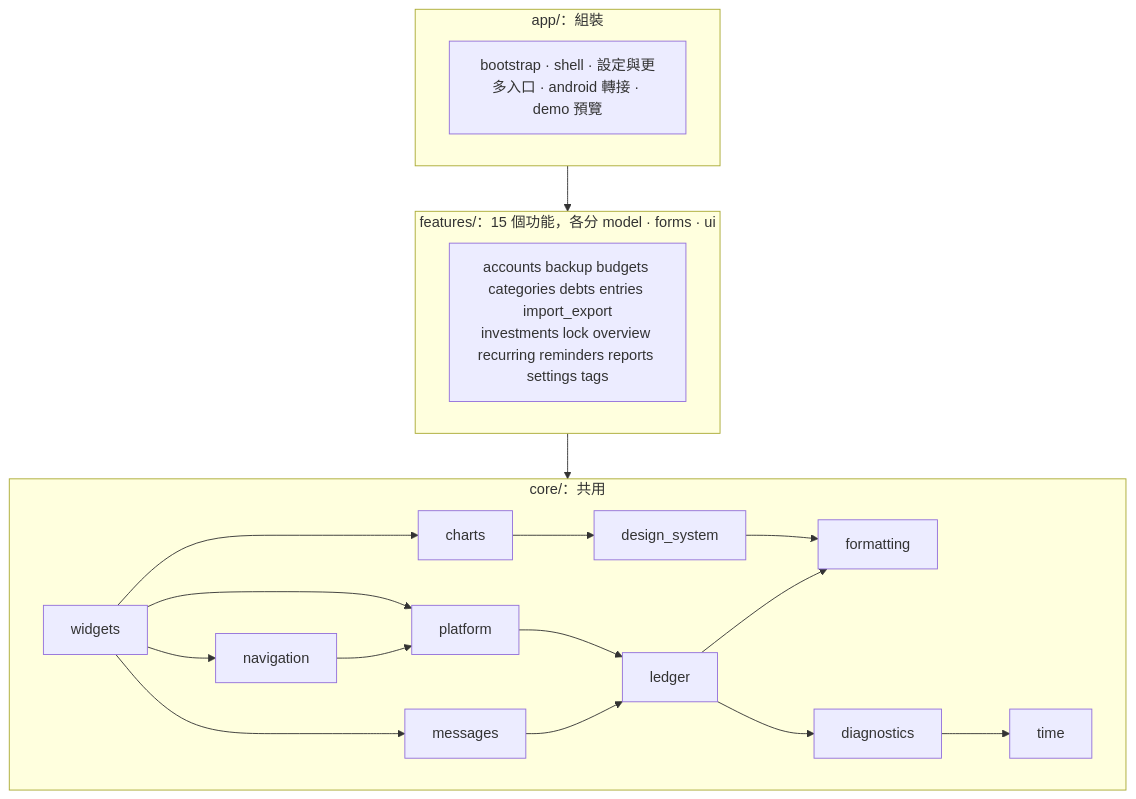
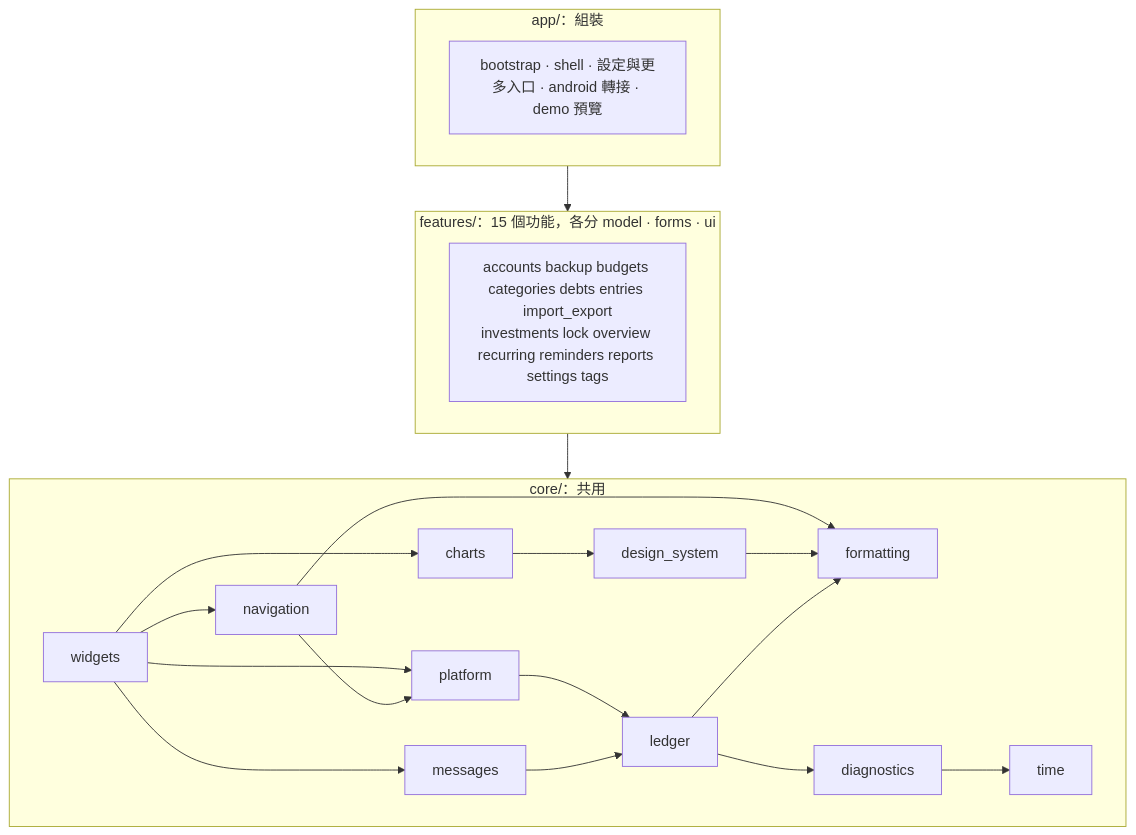
The second of 3 diagrams in docs/architecture.md (swz0103/ExpenseTracker-V2), drawn with Mermaid before and after one commit. The commit also changed other lines of this file and 19 other files, not shown here.

````diff
--- a/docs/architecture.md
+++ b/docs/architecture.md
@@ -30,18 +30,19 @@
 ```mermaid
 flowchart TB
   subgraph app["app/：組裝"]
     boot[bootstrap · shell · 設定與更多入口 · android 轉接 · demo 預覽]
   end
   subgraph features["features/：15 個功能，各分 model · forms · ui"]
     f[accounts backup budgets categories debts entries import_export<br/>investments lock overview recurring reminders reports settings tags]
   end
   subgraph core["core/：共用"]
     widgets --> navigation & messages & platform & charts
     navigation --> platform --> ledger
+    navigation --> formatting
     messages --> ledger
     charts --> design_system --> formatting
     ledger --> diagnostics --> time
     ledger --> formatting
   end
   app --> features --> core
 ```
````
